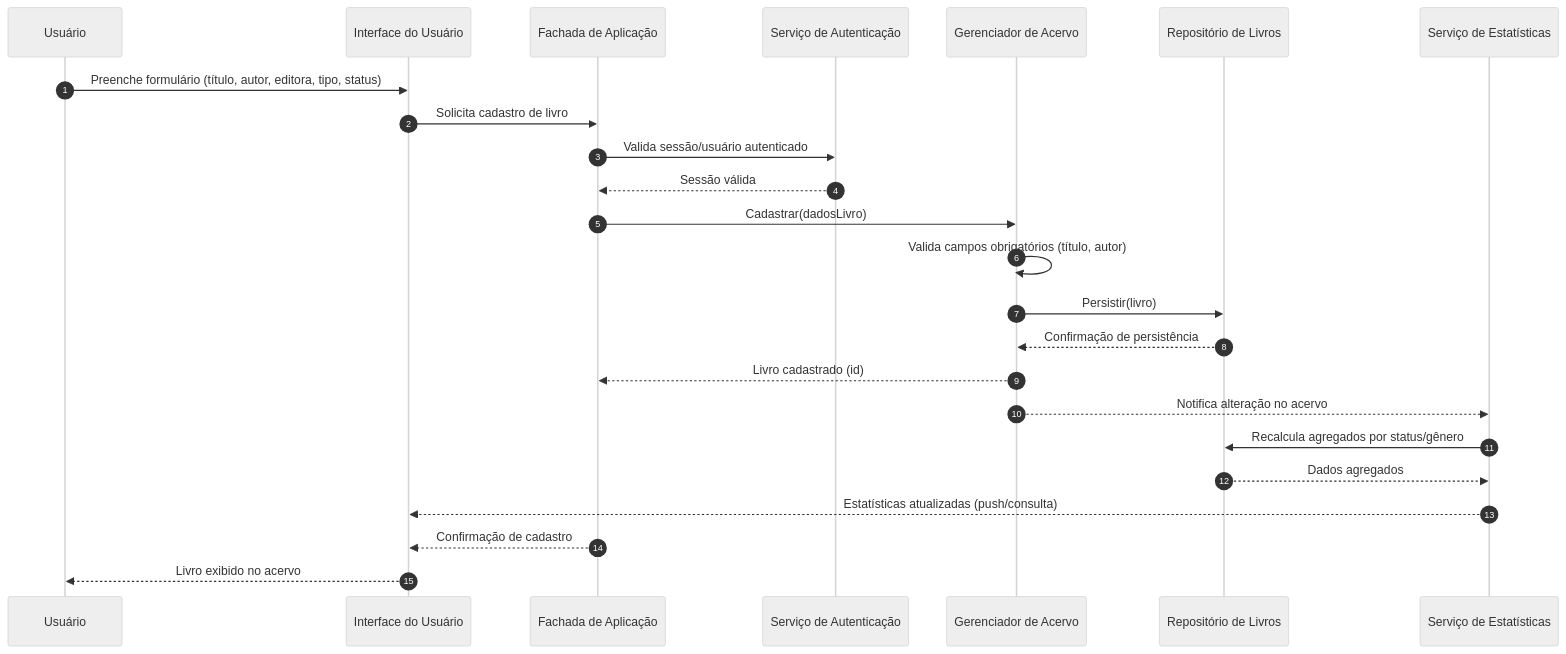
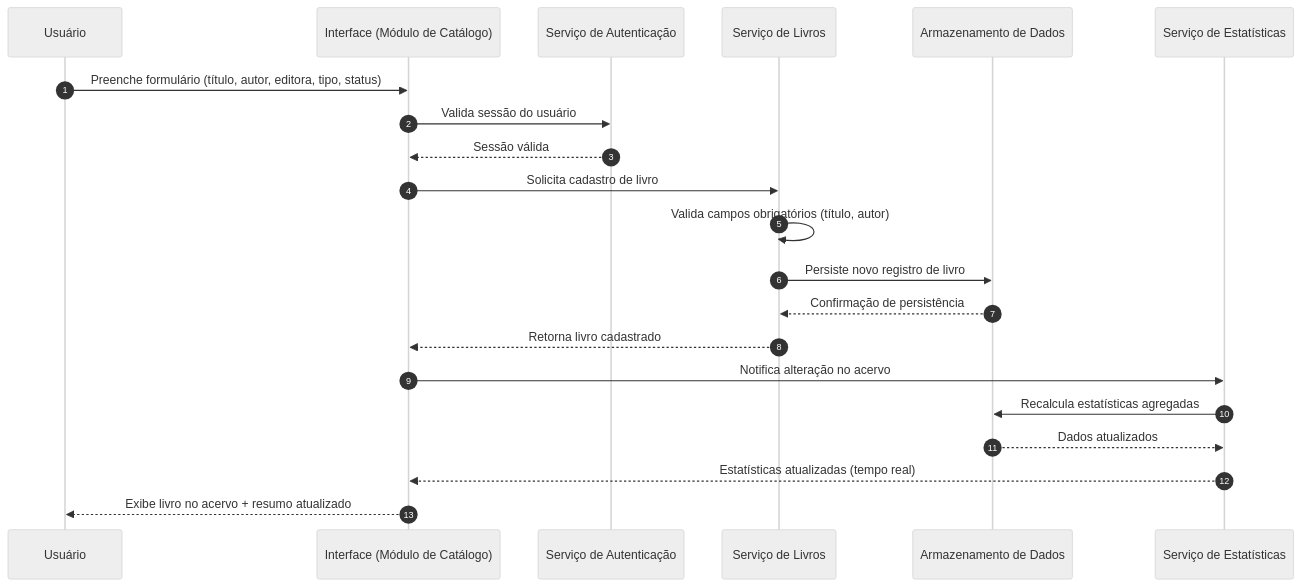
The second of 4 diagrams in docs/Time_2_Design/analise-qualitativa/outputs/relatorio_claude_sonnet_5_P04.md (PDC-ESIA/AI4ES), drawn with Mermaid (neutral theme) before and after one commit. The commit also changed other lines of this file and 107 other files, not shown here.

````diff
--- a/docs/Time_2_Design/analise-qualitativa/outputs/relatorio_claude_sonnet_5_P04.md
+++ b/docs/Time_2_Design/analise-qualitativa/outputs/relatorio_claude_sonnet_5_P04.md
@@ -80,27 +77,24 @@
 ```mermaid
 sequenceDiagram
     autonumber
     participant Usuario as Usuário
-    participant UI as Interface do Usuário
-    participant API as Fachada de Aplicação
-    participant AUTH as Serviço de Autenticação
-    participant LIVRO as Gerenciador de Acervo
-    participant REPO as Repositório de Livros
-    participant RESUMO as Serviço de Estatísticas
+    participant UI as Interface (Módulo de Catálogo)
+    participant Auth as Serviço de Autenticação
+    participant BookSvc as Serviço de Livros
+    participant Store as Armazenamento de Dados
+    participant StatsSvc as Serviço de Estatísticas
 
     Usuario->>UI: Preenche formulário (título, autor, editora, tipo, status)
-    UI->>API: Solicita cadastro de livro
-    API->>AUTH: Valida sessão/usuário autenticado
-    AUTH-->>API: Sessão válida
-    API->>LIVRO: Cadastrar(dadosLivro)
-    LIVRO->>LIVRO: Valida campos obrigatórios (título, autor)
-    LIVRO->>REPO: Persistir(livro)
-    REPO-->>LIVRO: Confirmação de persistência
-    LIVRO-->>API: Livro cadastrado (id)
-    LIVRO-->>RESUMO: Notifica alteração no acervo
-    RESUMO->>REPO: Recalcula agregados por status/gênero
-    REPO-->>RESUMO: Dados agregados
-    RESUMO-->>UI: Estatísticas atualizadas (push/consulta)
-    API-->>UI: Confirmação de cadastro
-    UI-->>Usuario: Livro exibido no acervo
+    UI->>Auth: Valida sessão do usuário
+    Auth-->>UI: Sessão válida
+    UI->>BookSvc: Solicita cadastro de livro
+    BookSvc->>BookSvc: Valida campos obrigatórios (título, autor)
+    BookSvc->>Store: Persiste novo registro de livro
+    Store-->>BookSvc: Confirmação de persistência
+    BookSvc-->>UI: Retorna livro cadastrado
+    UI->>StatsSvc: Notifica alteração no acervo
+    StatsSvc->>Store: Recalcula estatísticas agregadas
+    Store-->>StatsSvc: Dados atualizados
+    StatsSvc-->>UI: Estatísticas atualizadas (tempo real)
+    UI-->>Usuario: Exibe livro no acervo + resumo atualizado
 ```
````
